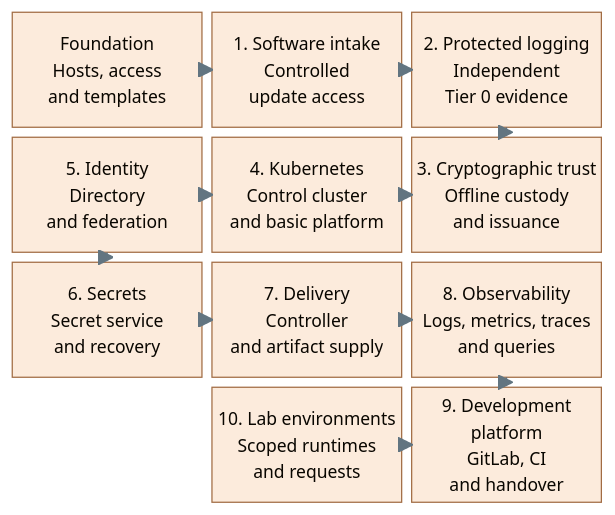
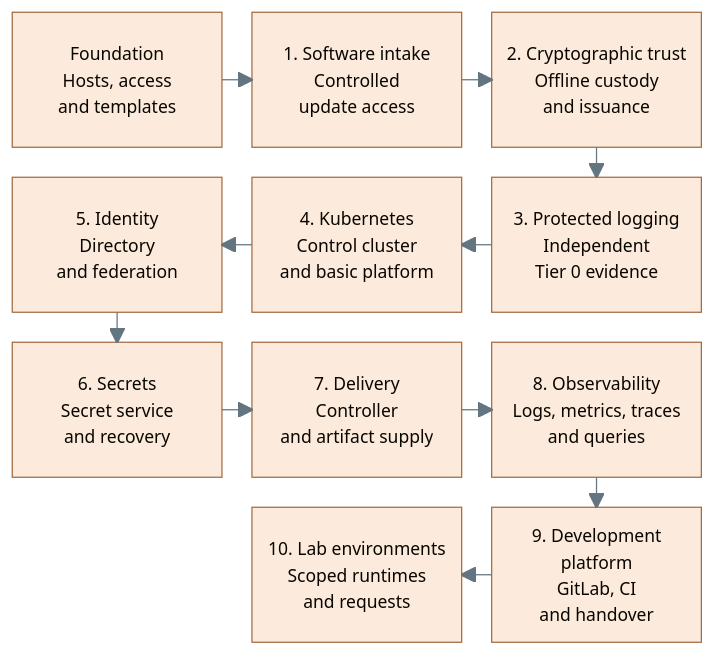
Before and after one commit to Rexus/homelab: the diagram in docs/03-deployment/README.md, drawn with Mermaid. The commit also changed other lines of this file and 383 other files, not shown here.

````diff
--- a/docs/03-deployment/README.md
+++ b/docs/03-deployment/README.md
@@ -11,30 +11,30 @@
 ```mermaid
-%%{init: {"theme":"base","themeVariables":{"lineColor":"#627581","edgeLabelBackground":"#f8fafc","fontFamily":"Arial, sans-serif","fontSize":"14px"},"fontFamily":"Arial, sans-serif"}}%%
+%%{init: {"theme":"base","block":{"padding":24},"themeVariables":{"lineColor":"#627581","edgeLabelBackground":"#f8fafc","fontFamily":"Arial, sans-serif","fontSize":"14px"},"fontFamily":"Arial, sans-serif"}}%%
 block-beta
   columns 3
   Base["Foundation<br/>Hosts, access<br/>and templates"]
   Intake["1. Software intake<br/>Controlled<br/>update access"]
-  Logs["2. Protected logging<br/>Independent<br/>Tier 0 evidence"]
+  Trust["2. Cryptographic trust<br/>Offline custody<br/>and issuance"]
   Identity["5. Identity<br/>Directory<br/>and federation"]
   Runtime["4. Kubernetes<br/>Control cluster<br/>and basic platform"]
-  Trust["3. Cryptographic trust<br/>Offline custody<br/>and issuance"]
+  Logs["3. Protected logging<br/>Independent<br/>Tier 0 evidence"]
   Control["6. Secrets<br/>Secret service<br/>and recovery"]
   Delivery["7. Delivery<br/>Controller<br/>and artifact supply"]
   Visibility["8. Observability<br/>Logs, metrics, traces<br/>and queries"]
   space
   Workloads["10. Lab environments<br/>Scoped runtimes<br/>and requests"]
   Development["9. Development<br/>platform<br/>GitLab, CI<br/>and handover"]
   Base --> Intake
-  Intake --> Logs
-  Logs --> Trust
-  Trust --> Runtime
+  Intake --> Trust
+  Trust --> Logs
+  Logs --> Runtime
   Runtime --> Identity
   Identity --> Control
   Control --> Delivery
   Delivery --> Visibility
   Visibility --> Development
   Development --> Workloads
   classDef default fill:#f8fafc,stroke:#64748b,color:#1f2937
   classDef action fill:#fcebdc,stroke:#a16c43,color:#5b3921
   class Base,Intake,Logs,Trust,Runtime,Identity,Control,Delivery,Visibility,Development,Workloads action
 ```
````
